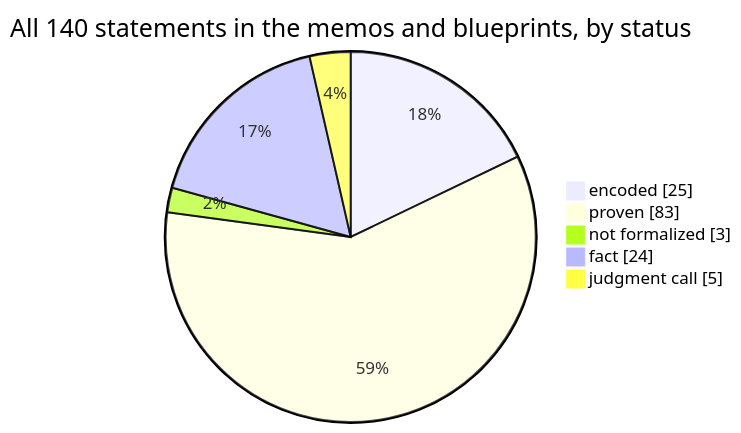
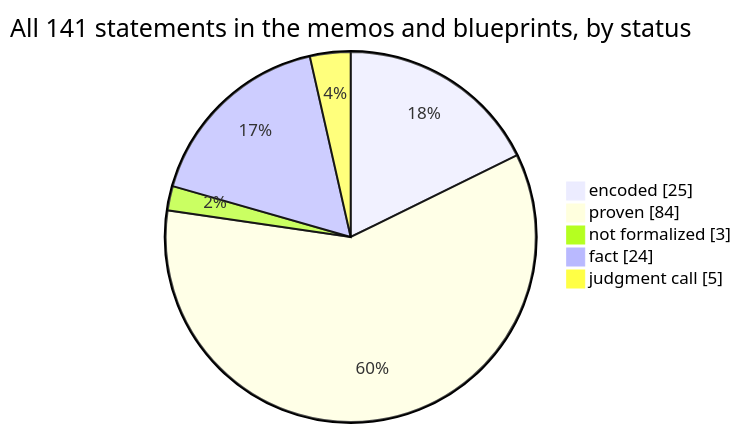
Before and after one commit to SeanWMurray/Canteen: the first of 4 diagrams in docs/graphs/dashboard.md, drawn with Mermaid. The commit also changed other lines of this file and 14 other files, not shown here.

````diff
--- a/docs/graphs/dashboard.md
+++ b/docs/graphs/dashboard.md
@@ -11,8 +11,8 @@
 ```mermaid
-pie showData title All 140 statements in the memos and blueprints, by status
+pie showData title All 141 statements in the memos and blueprints, by status
     "encoded" : 25
-    "proven" : 83
+    "proven" : 84
     "not formalized" : 3
     "fact" : 24
     "judgment call" : 5
 ```
````
